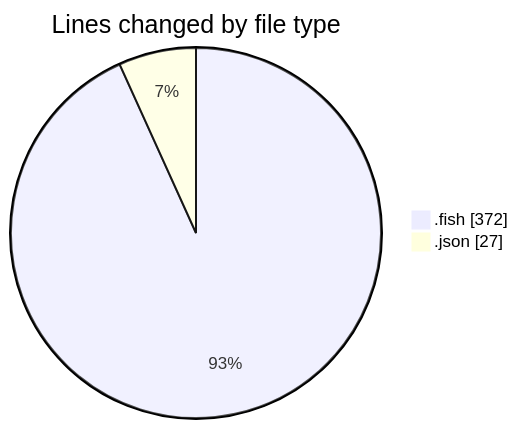
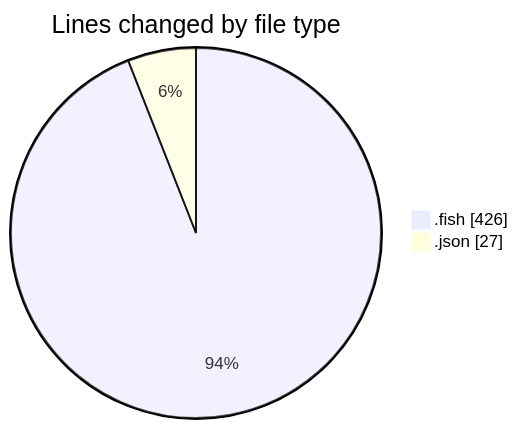
Before and after one commit to EIIisD/code-tracking: the first of 2 diagrams in 2025-08-03/fish/README.md, drawn with Mermaid. The commit also changed other lines of this file and 1 other file, not shown here.

````diff
--- a/2025-08-03/fish/README.md
+++ b/2025-08-03/fish/README.md
@@ -23,6 +23,6 @@
 ```mermaid
 pie showData
 title Lines changed by file type
-".fish" : 372
+".fish" : 426
 ".json" : 27
 ```
````
